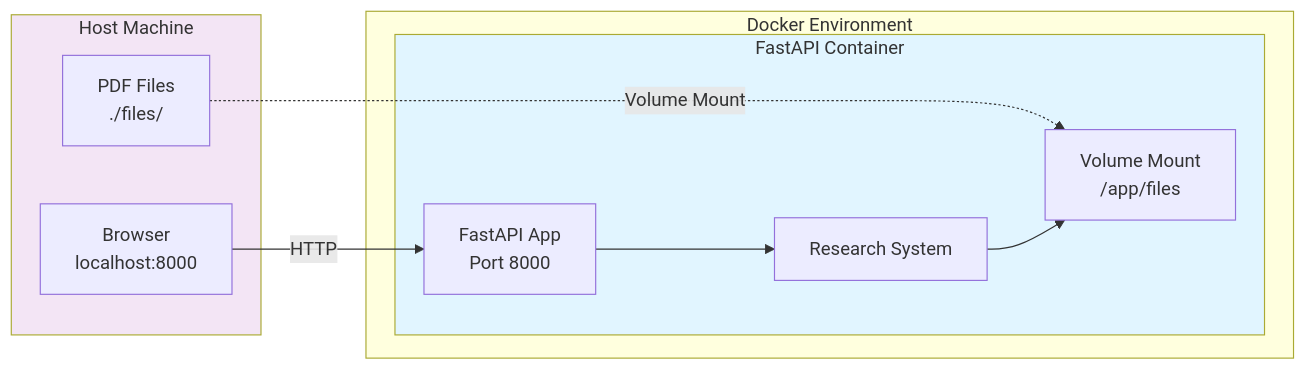
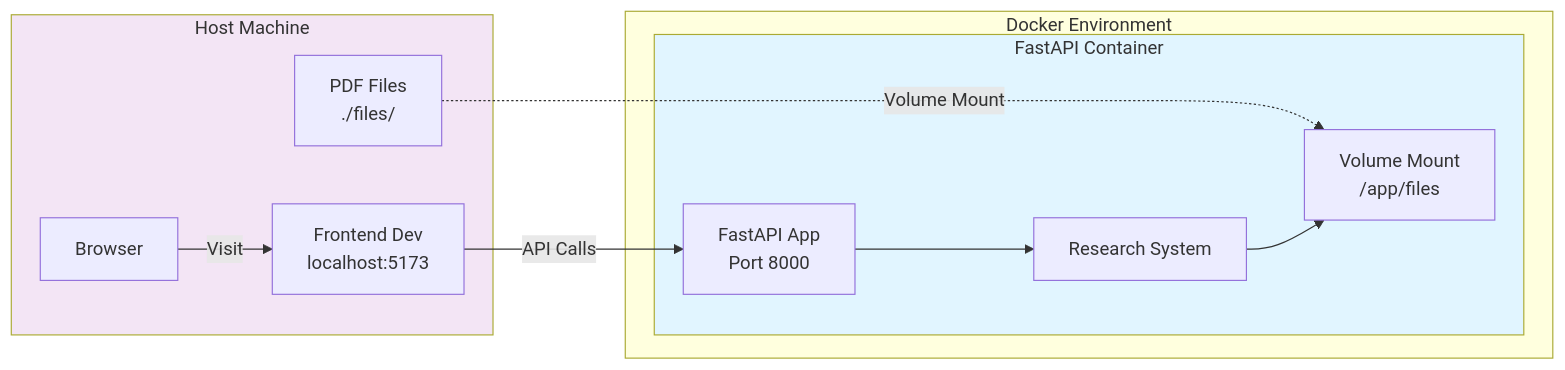
The eighth of 10 diagrams in ARCHITECTURE_DIAGRAMS.md (Abderrahmane-dotcom/mit_hackathon), drawn with Mermaid before and after one commit. The commit also changed other lines of this file and 2 other files, not shown here.

Commit message:
Some update in readme and diagrams

````diff
--- a/ARCHITECTURE_DIAGRAMS.md
+++ b/ARCHITECTURE_DIAGRAMS.md
@@ -304,23 +401,25 @@
 ```mermaid
 graph LR
     subgraph Docker["Docker Environment"]
         subgraph Container["FastAPI Container"]
             APP[FastAPI App<br/>Port 8000]
             RSYS[Research System]
             VOL[Volume Mount<br/>/app/files]
         end
     end
 
     subgraph Host["Host Machine"]
         FILES[PDF Files<br/>./files/]
-        BROWSER[Browser<br/>localhost:8000]
+        FRONTEND[Frontend Dev<br/>localhost:5173]
+        BROWSER[Browser]
     end
 
     FILES -.->|Volume Mount| VOL
-    BROWSER -->|HTTP| APP
+    BROWSER -->|Visit| FRONTEND
+    FRONTEND -->|API Calls| APP
     APP --> RSYS
     RSYS --> VOL
 
     style Container fill:#e1f5ff
     style Host fill:#f3e5f5
 ```
````
